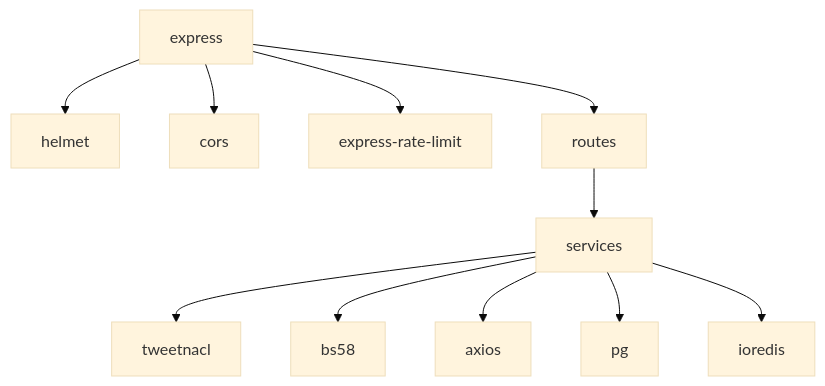
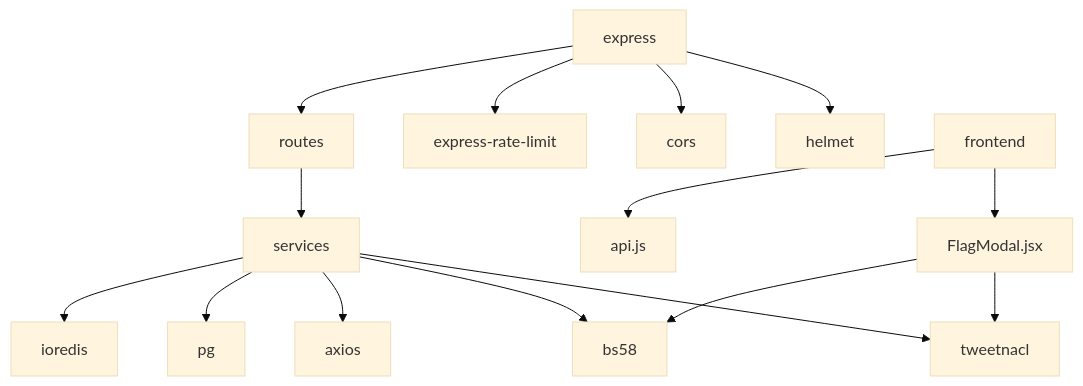
The ninth of 9 diagrams in .qoder/repowiki/en/content/Security Implementation.md (RunTimeAdmin/AgentID), drawn with Mermaid (base theme) before and after one commit. The commit also changed other lines of this file and 17 other files, not shown here.

````diff
--- a/.qoder/repowiki/en/content/Security Implementation.md
+++ b/.qoder/repowiki/en/content/Security Implementation.md
@@ -422,13 +539,17 @@
 ```mermaid
 graph TB
 Express["express"] --> Helmet["helmet"]
 Express --> CORS["cors"]
 Express --> RateLimit["express-rate-limit"]
 Express --> Routes["routes"]
 Routes --> Services["services"]
-Services --> TweetNaCl["tweetnacl"]
+Services --> TweetNacl["tweetnacl"]
 Services --> BS58["bs58"]
 Services --> Axios["axios"]
 Services --> PG["pg"]
 Services --> Redis["ioredis"]
+Frontend["frontend"] --> FlagModal["FlagModal.jsx"]
+Frontend --> API["api.js"]
+FlagModal --> TweetNacl
+FlagModal --> BS58
 ```
````
